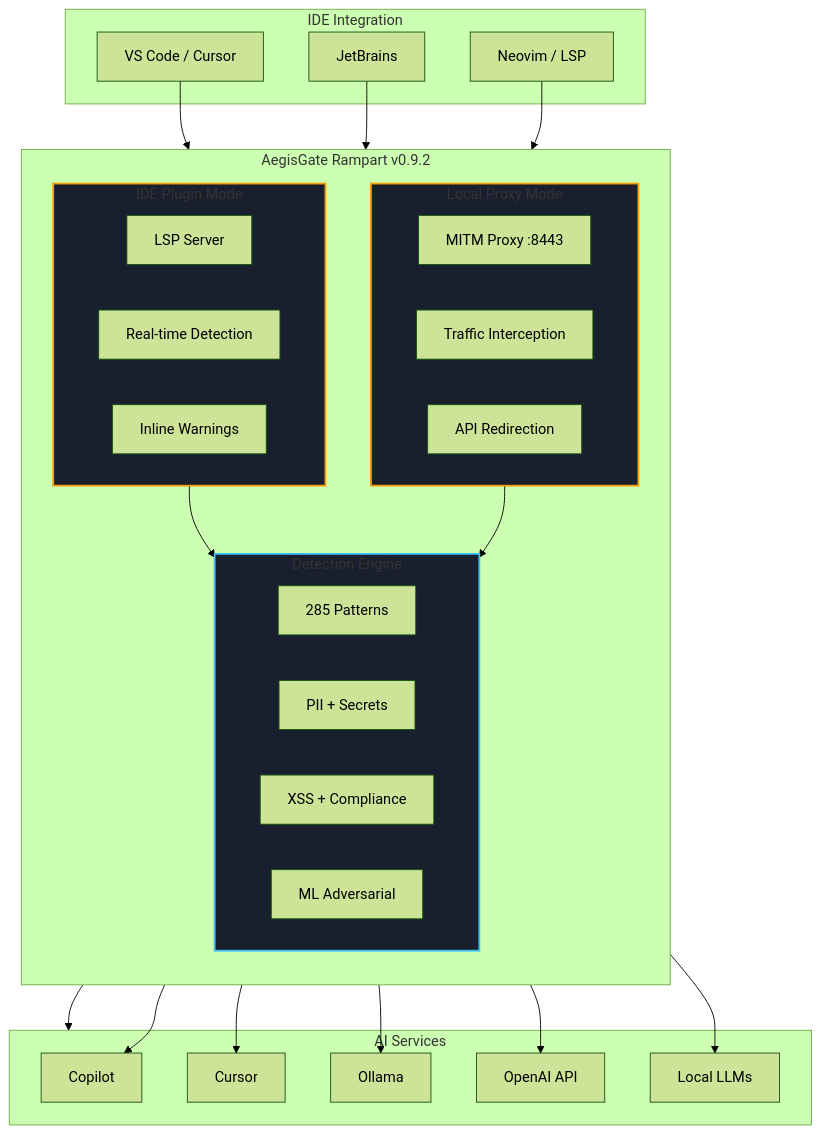
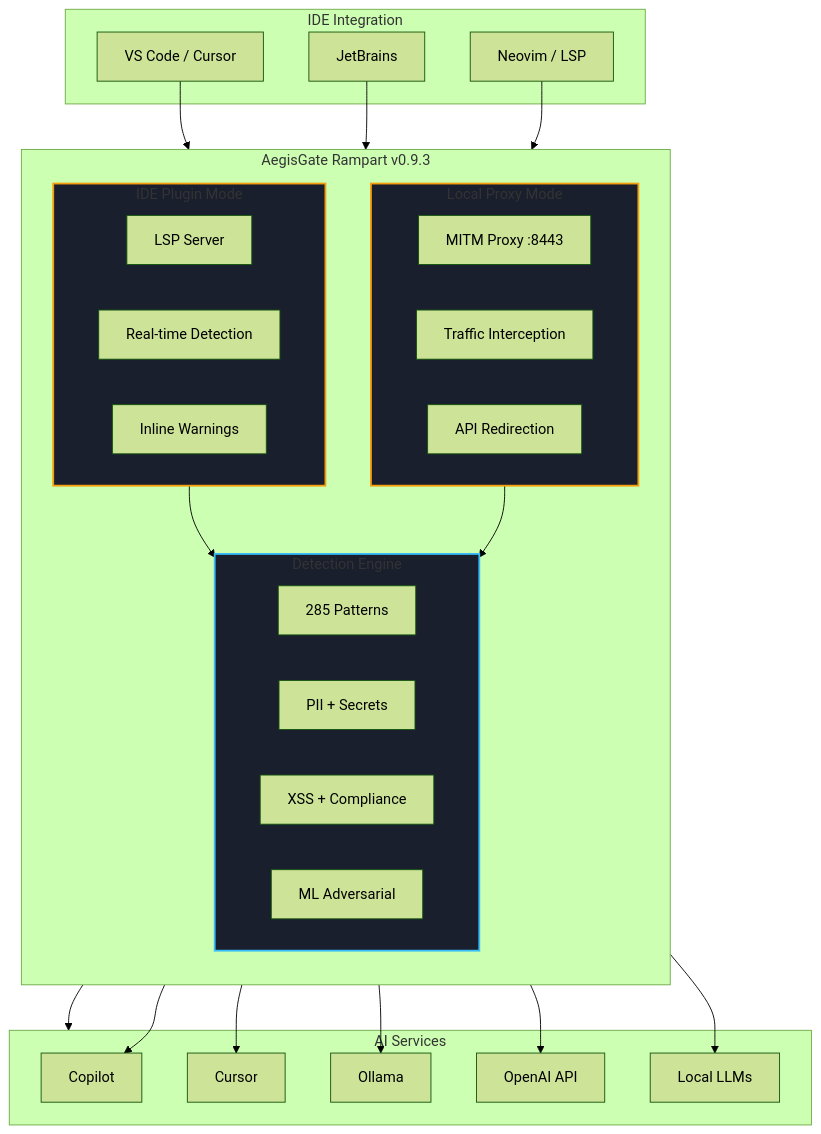
One commit to aegisgatesecurity/aegisgate-site changed the first of 3 diagrams in content/rampart/_index.md. Above: the diagram before and after it, drawn with Mermaid (forest theme). The commit also changed other lines of this file and 2 other files, not shown here.

First line of the commit message:
fix: update Rampart v0.9.2→v0.9.3, Scanner v0.4.2→v0.4.3, remove broken tier tables from landing pages

```diff
--- a/content/rampart/_index.md
+++ b/content/rampart/_index.md
@@ -77,57 +77,57 @@
 {{< mermaid >}}
 flowchart TD
     subgraph IDE["IDE Integration"]
         VS[VS Code / Cursor]
         JB[JetBrains]
         NV[Neovim / LSP]
     end
 
-    subgraph Rampart["AegisGate Rampart v0.9.2"]
+    subgraph Rampart["AegisGate Rampart v0.9.3"]
         direction TB
         
         subgraph PluginMode["IDE Plugin Mode"]
             PM1[LSP Server]
             PM2[Real-time Detection]
             PM3[Inline Warnings]
         end
         
         subgraph ProxyMode["Local Proxy Mode"]
             PX1[MITM Proxy :8443]
             PX2[Traffic Interception]
             PX3[API Redirection]
         end
         
         subgraph Engine["Detection Engine"]
             E1[285 Patterns]
             E2[PII + Secrets]
             E3[XSS + Compliance]
             E4[ML Adversarial]
         end
     end
 
     subgraph AI["AI Services"]
         A[Copilot]
         B[Cursor]
         C[Ollama]
         D[OpenAI API]
         E[Local LLMs]
     end
 
     VS --> PluginMode
     JB --> PluginMode
     NV --> PluginMode
     
     PluginMode --> Engine
     ProxyMode --> Engine
     
     PluginMode --> AI
     ProxyMode --> A
     ProxyMode --> B
     ProxyMode --> C
     ProxyMode --> D
     ProxyMode --> E
 
     style PluginMode fill:#1a1f2e,stroke:#f59e0b,stroke-width:2px
     style ProxyMode fill:#1a1f2e,stroke:#f59e0b,stroke-width:2px
     style Engine fill:#1a1f2e,stroke:#38bdf8,stroke-width:2px
 {{< /mermaid >}}
```
